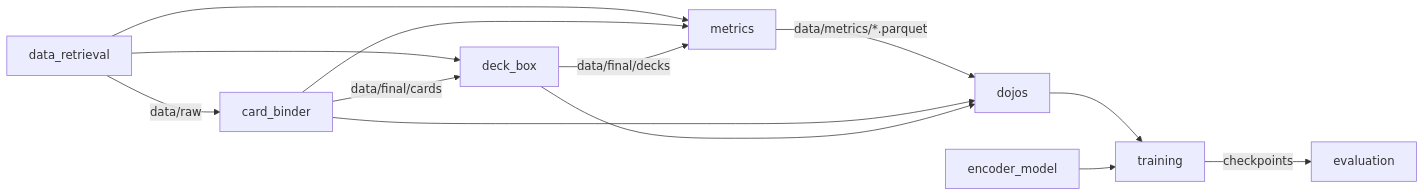
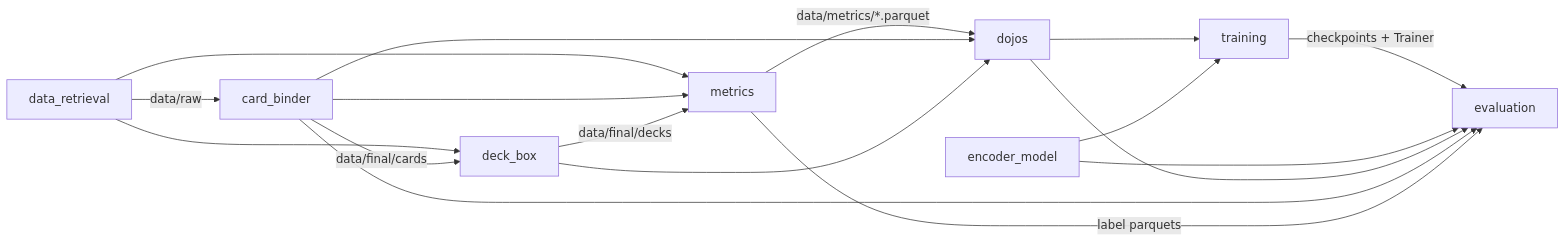
One commit to toon-leader-bacon/TradingCardGameEmbeddings changed the diagram in src/README.md. Above: the diagram before and after it, drawn with Mermaid. The commit also changed other lines of this file and 4 other files, not shown here.

````diff
--- a/src/README.md
+++ b/src/README.md
@@ -11,15 +11,19 @@
 ```mermaid
 flowchart LR
     R[data_retrieval] -->|data/raw| CB[card_binder]
     R --> DB[deck_box]
     R --> M[metrics]
     CB -->|data/final/cards| DB
     CB --> M
     DB -->|data/final/decks| M
     M -->|data/metrics/*.parquet| D[dojos]
     CB --> D
     DB --> D
     D --> T[training]
     E[encoder_model] --> T
-    T -->|checkpoints| V[evaluation]
+    T -->|checkpoints + Trainer| V[evaluation]
+    E --> V
+    D --> V
+    CB --> V
+    M -->|label parquets| V
 ```
````
